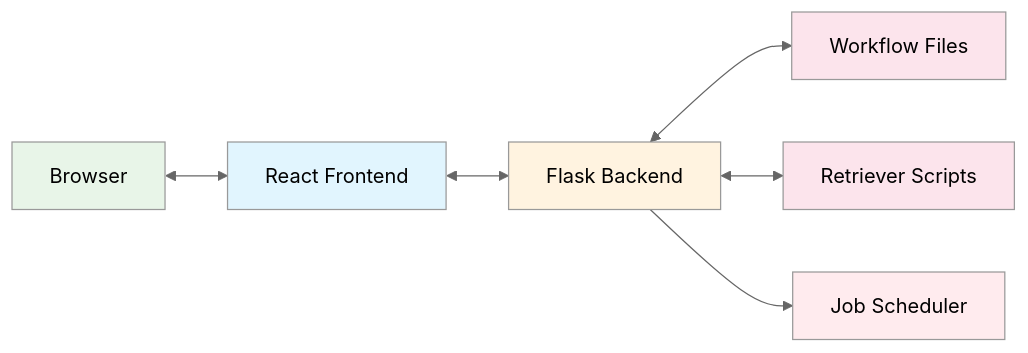
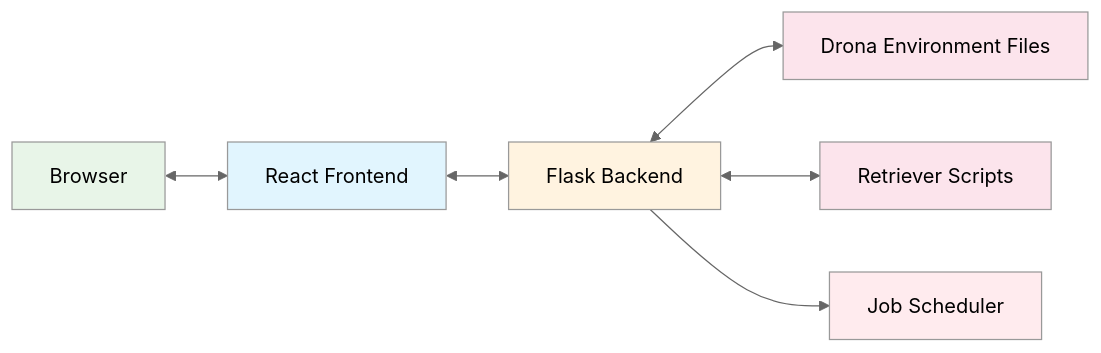
The first of 2 diagrams in website/docs/overview/architecture.md (tamu-edu/dor-hprc-drona-composer), drawn with Mermaid (neutral theme) before and after one commit. The commit also changed other lines of this file and 108 other files, not shown here.

````diff
--- a/website/docs/overview/architecture.md
+++ b/website/docs/overview/architecture.md
@@ -11,15 +11,15 @@
 ```mermaid
 graph LR
     A[Browser] <--> B[React Frontend]
     B <--> C[Flask Backend]
-    C <--> D[Workflow Files]
+    C <--> D[Drona Environment Files]
     C <--> E[Retriever Scripts]
     C --> F[Job Scheduler]
 
     style A fill:#e8f5e8
     style B fill:#e1f5fe
     style C fill:#fff3e0
     style D fill:#fce4ec
     style E fill:#fce4ec
     style F fill:#ffebee
 ```
````
